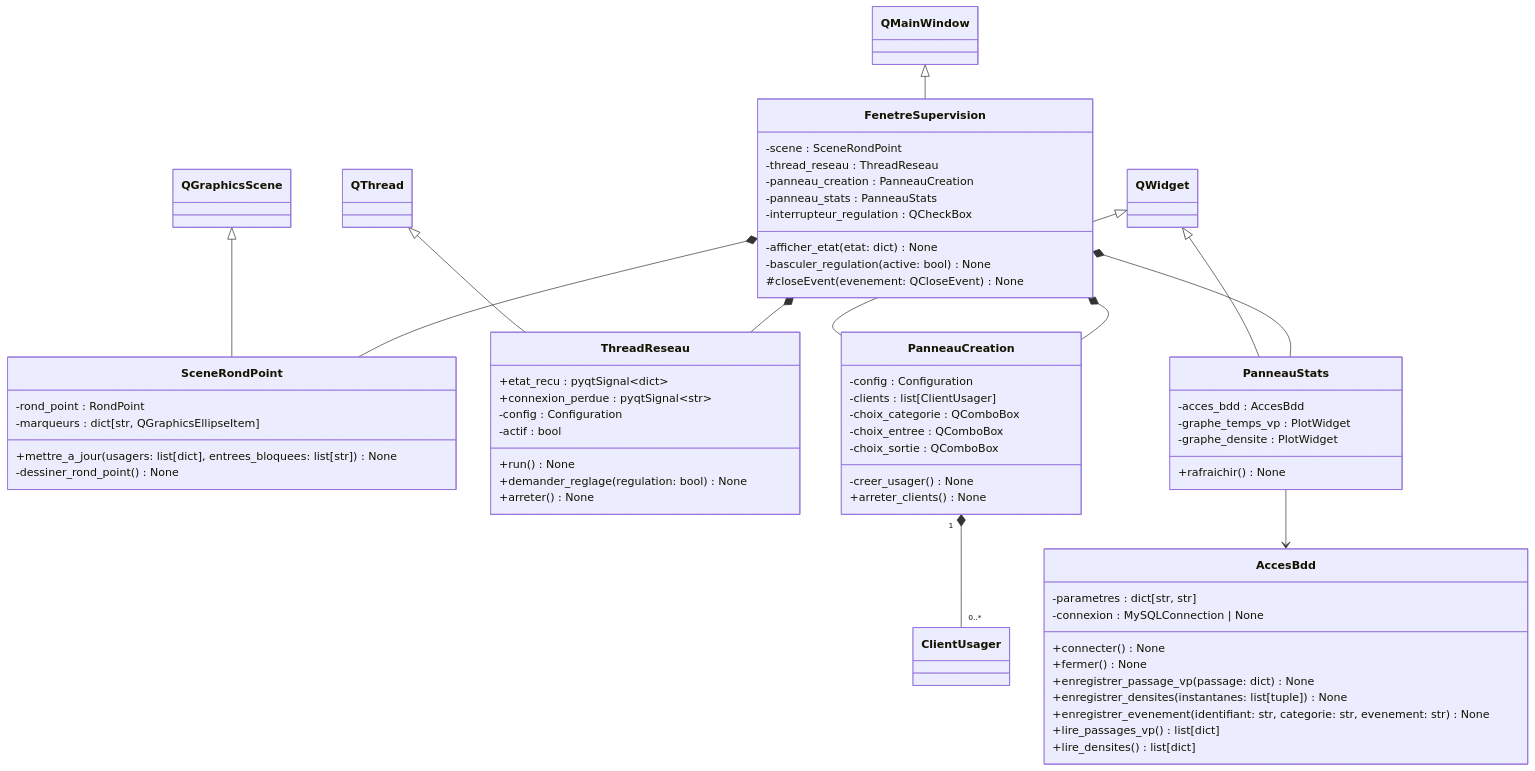
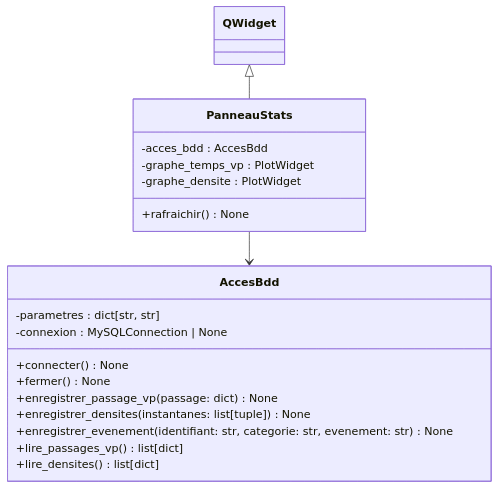
One commit to vRayzix/SAE3.02_Developper-une-application-communicante changed diagram 12 of 12 in docs/uml.md. Above: the diagram before and after it, drawn with Mermaid. The commit also changed other lines of this file, not shown here.

First line of the commit message:
docs(uml): classes de la supervision et répartition des threads

````diff
--- a/docs/uml.md
+++ b/docs/uml.md
@@ -653,76 +827,26 @@
 ```mermaid
 classDiagram
-    class QMainWindow
-    class QGraphicsScene
-    class QThread
     class QWidget
-
-    class FenetreSupervision {
-        -scene : SceneRondPoint
-        -thread_reseau : ThreadReseau
-        -panneau_creation : PanneauCreation
-        -panneau_stats : PanneauStats
-        -interrupteur_regulation : QCheckBox
-        -afficher_etat(etat: dict) None
-        -basculer_regulation(active: bool) None
-        #closeEvent(evenement: QCloseEvent) None
-    }
-
-    class SceneRondPoint {
-        -rond_point : RondPoint
-        -marqueurs : dict[str, QGraphicsEllipseItem]
-        +mettre_a_jour(usagers: list[dict], entrees_bloquees: list[str]) None
-        -dessiner_rond_point() None
-    }
-
-    class ThreadReseau {
-        +etat_recu : pyqtSignal~dict~
-        +connexion_perdue : pyqtSignal~str~
-        -config : Configuration
-        -actif : bool
-        +run() None
-        +demander_reglage(regulation: bool) None
-        +arreter() None
-    }
-
-    class PanneauCreation {
-        -config : Configuration
-        -clients : list[ClientUsager]
-        -choix_categorie : QComboBox
-        -choix_entree : QComboBox
-        -choix_sortie : QComboBox
-        -creer_usager() None
-        +arreter_clients() None
-    }
 
     class PanneauStats {
         -acces_bdd : AccesBdd
         -graphe_temps_vp : PlotWidget
         -graphe_densite : PlotWidget
         +rafraichir() None
     }
 
     class AccesBdd {
         -parametres : dict[str, str]
         -connexion : MySQLConnection | None
         +connecter() None
         +fermer() None
         +enregistrer_passage_vp(passage: dict) None
         +enregistrer_densites(instantanes: list[tuple]) None
         +enregistrer_evenement(identifiant: str, categorie: str, evenement: str) None
         +lire_passages_vp() list[dict]
         +lire_densites() list[dict]
     }
 
-    QMainWindow <|-- FenetreSupervision
-    QGraphicsScene <|-- SceneRondPoint
-    QThread <|-- ThreadReseau
-    QWidget <|-- PanneauCreation
     QWidget <|-- PanneauStats
-    FenetreSupervision *-- SceneRondPoint
-    FenetreSupervision *-- ThreadReseau
-    FenetreSupervision *-- PanneauCreation
-    FenetreSupervision *-- PanneauStats
-    PanneauCreation "1" *-- "0..*" ClientUsager
     PanneauStats --> AccesBdd
 ```
````
